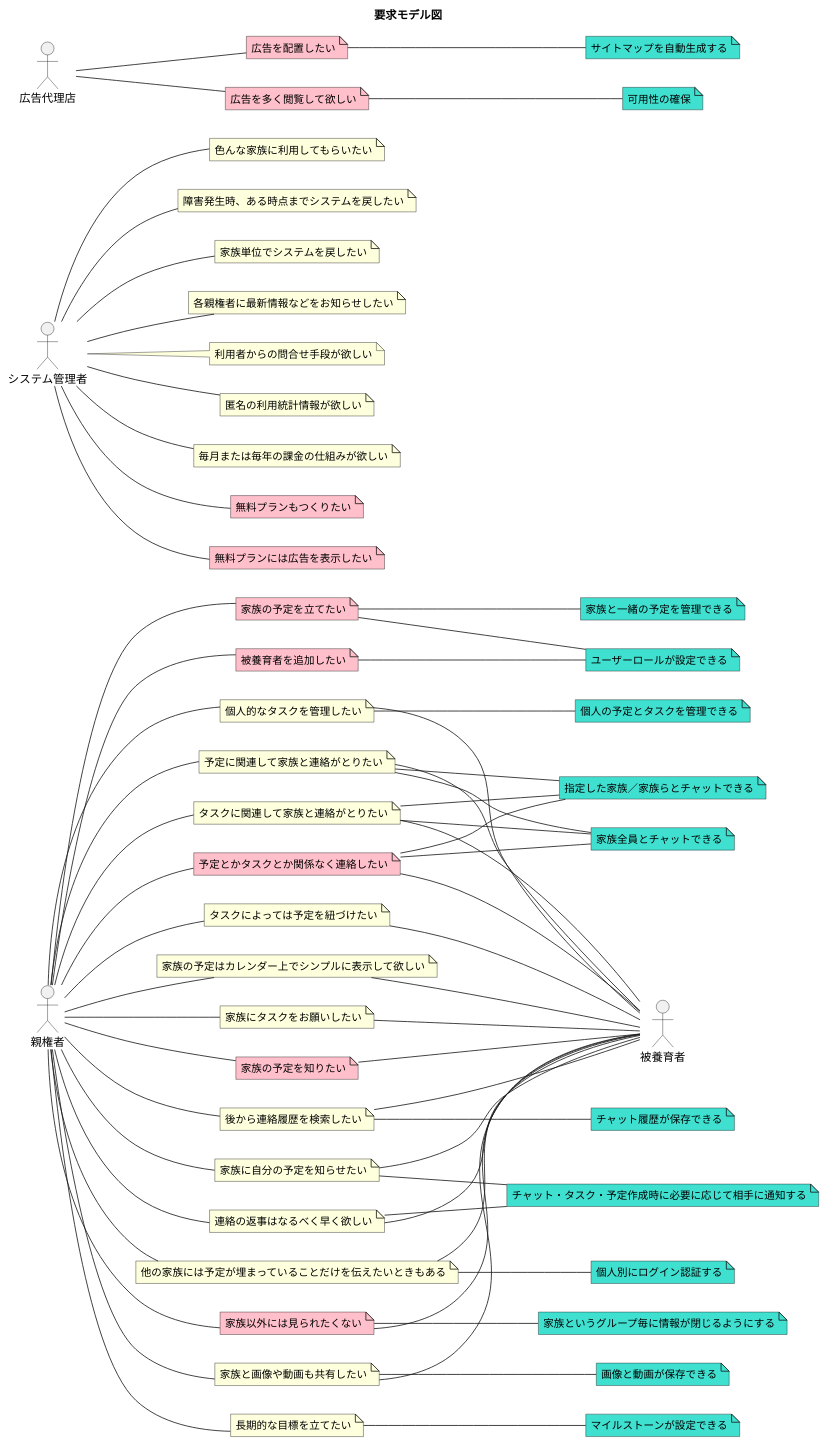
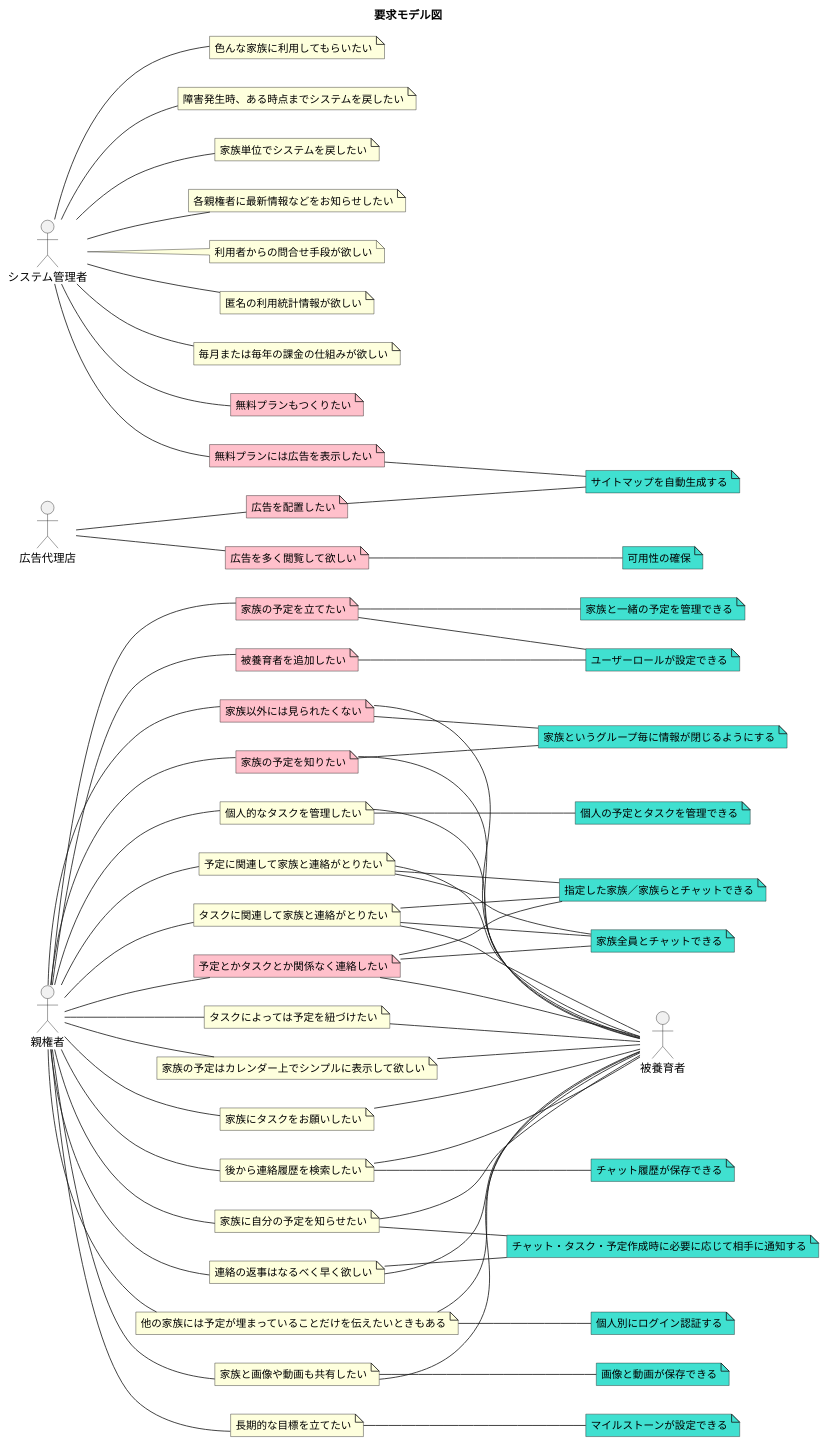
One commit to kusa-mochi/family-dashboard changed the diagram in docs/RDRA2s/requirement-model-diagram.puml. Above: the diagram before and after it, drawn with PlantUML.

Commit message:
modify a requirement.

```diff
--- a/docs/RDRA2s/requirement-model-diagram.puml
+++ b/docs/RDRA2s/requirement-model-diagram.puml
@@ -1,121 +1,123 @@
 @startuml requirement-model-diagram
 
 title 要求モデル図
 left to right direction
 
 actor 親権者
 note "家族の予定を立てたい" as yk1_1 #Pink
 note "家族の予定を知りたい" as yk1_2 #Pink
 note "個人的なタスクを管理したい" as yk1_3
 note "タスクによっては予定を紐づけたい" as yk1_4
 note "予定に関連して家族と連絡がとりたい" as yk1_5
 note "タスクに関連して家族と連絡がとりたい" as yk1_6
 note "後から連絡履歴を検索したい" as yk1_7
 note "連絡の返事はなるべく早く欲しい" as yk1_8
 note "他の家族には予定が埋まっていることだけを伝えたいときもある" as yk1_9
 note "被養育者を追加したい" as yk1_10 #Pink
 note "予定とかタスクとか関係なく連絡したい" as yk1_11 #Pink
 note "家族に自分の予定を知らせたい" as yk1_12
 note "家族以外には見られたくない" as yk1_13 #Pink
 note "家族の予定はカレンダー上でシンプルに表示して欲しい" as yk1_14
 note "家族にタスクをお願いしたい" as yk1_15
 note "家族と画像や動画も共有したい" as yk1_16
 note "長期的な目標を立てたい" as yk1_17
 note "個人の予定とタスクを管理できる" as yk1_yoken_1 #Turquoise
 note "家族と一緒の予定を管理できる" as yk1_yoken_2 #Turquoise
 note "個人別にログイン認証する" as yk1_yoken_3 #Turquoise
 note "ユーザーロールが設定できる" as yk1_yoken_4 #Turquoise
 note "マイルストーンが設定できる" as yk1_yoken_5 #Turquoise
 note "画像と動画が保存できる" as yk1_yoken_6 #Turquoise
 note "指定した家族／家族らとチャットできる" as yk1_yoken_7 #Turquoise
 note "家族全員とチャットできる" as yk1_yoken_8 #Turquoise
 note "家族というグループ毎に情報が閉じるようにする" as yk1_yoken_9 #Turquoise
 note "チャット・タスク・予定作成時に必要に応じて相手に通知する" as yk1_yoken_10 #Turquoise
 note "チャット履歴が保存できる" as yk1_yoken_11 #Turquoise
 
 actor 被養育者
 
 actor システム管理者
 note "色んな家族に利用してもらいたい" as kanri_1
 note "障害発生時、ある時点までシステムを戻したい" as kanri_2
 note "家族単位でシステムを戻したい" as kanri_3
 note "各親権者に最新情報などをお知らせしたい" as kanri_4
 note "利用者からの問合せ手段が欲しい" as kanri_5
 note "匿名の利用統計情報が欲しい" as kanri_6
 note "毎月または毎年の課金の仕組みが欲しい" as kanri_7
 note "無料プランもつくりたい" as kanri_8 #Pink
 note "無料プランには広告を表示したい" as kanri_9 #Pink
 
 actor 広告代理店
 note "広告を配置したい" as adv_1 #Pink
 note "広告を多く閲覧して欲しい" as adv_2 #Pink
 note "サイトマップを自動生成する" as adv_yoken_1 #Turquoise
 note "可用性の確保" as adv_yoken_2 #Turquoise
 
 親権者 -- yk1_1
 親権者 -- yk1_2
 親権者 -- yk1_3
 親権者 -- yk1_4
 親権者 -- yk1_5
 親権者 -- yk1_6
 親権者 -- yk1_7
 親権者 -- yk1_8
 親権者 -- yk1_9
 親権者 -- yk1_10
 親権者 -- yk1_11
 親権者 -- yk1_12
 親権者 -- yk1_13
 親権者 -- yk1_14
 親権者 -- yk1_15
 親権者 -- yk1_16
 親権者 -- yk1_17
 
 yk1_2 -- 被養育者
 yk1_3 -- 被養育者
 yk1_4 -- 被養育者
 yk1_5 -- 被養育者
 yk1_6 -- 被養育者
 yk1_7 -- 被養育者
 yk1_8 -- 被養育者
 yk1_9 -- 被養育者
 yk1_11 -- 被養育者
 yk1_12 -- 被養育者
 yk1_13 -- 被養育者
 yk1_14 -- 被養育者
 yk1_15 -- 被養育者
 yk1_16 -- 被養育者
 
 yk1_3 -- yk1_yoken_1
 yk1_1 -- yk1_yoken_4
 yk1_10 -- yk1_yoken_4
 yk1_9 -- yk1_yoken_3
 yk1_1 -- yk1_yoken_2
 yk1_17 -- yk1_yoken_5
 yk1_16 -- yk1_yoken_6
 yk1_6 -- yk1_yoken_7
 yk1_5 -- yk1_yoken_7
 yk1_11 -- yk1_yoken_7
 yk1_6 -- yk1_yoken_8
 yk1_5 -- yk1_yoken_8
 yk1_11 -- yk1_yoken_8
 yk1_13 -- yk1_yoken_9
 yk1_12 -- yk1_yoken_10
 yk1_7 -- yk1_yoken_11
 yk1_8 -- yk1_yoken_10
+yk1_2 -- yk1_yoken_9
 
 システム管理者 -- kanri_1
 システム管理者 -- kanri_2
 システム管理者 -- kanri_3
 システム管理者 -- kanri_4
 システム管理者 -- kanri_5
 システム管理者 -- kanri_6
 システム管理者 -- kanri_7
 システム管理者 -- kanri_8
 システム管理者 -- kanri_9
+kanri_9 -- adv_yoken_1
 
 広告代理店 -- adv_1
 広告代理店 -- adv_2
 adv_1 -- adv_yoken_1
 adv_2 -- adv_yoken_2
 
 @enduml
```
